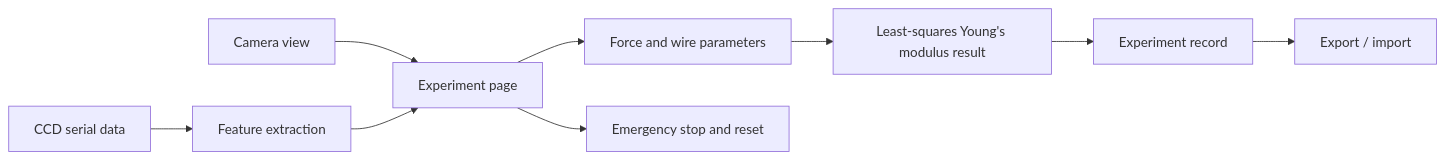
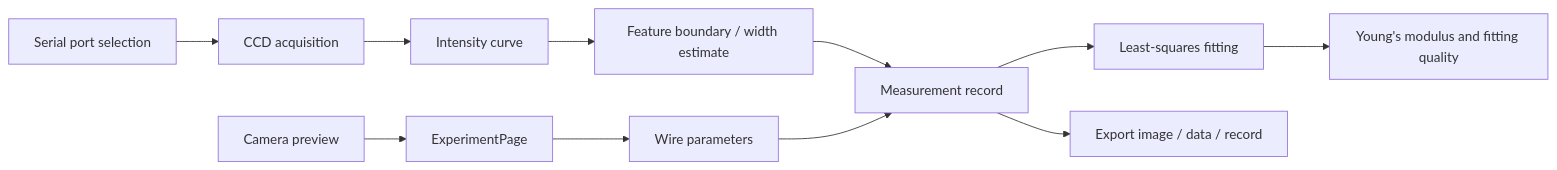
One commit to TianBingzhuo/youngs-modulus-instrument-system changed the diagram in docs/software-architecture.md. Above: the diagram before and after it, drawn with Mermaid. The commit also changed other lines of this file and 11 other files, not shown here.

````diff
--- a/docs/software-architecture.md
+++ b/docs/software-architecture.md
@@ -5,11 +48,13 @@
 ```mermaid
 flowchart LR
-  A["Camera view"] --> D["Experiment page"]
-  B["CCD serial data"] --> C["Feature extraction"]
-  C --> D
-  D --> E["Force and wire parameters"]
-  E --> F["Least-squares Young's modulus result"]
-  F --> G["Experiment record"]
-  G --> H["Export / import"]
-  D --> I["Emergency stop and reset"]
+  A["Camera preview"] --> E["ExperimentPage"]
+  B["Serial port selection"] --> C["CCD acquisition"]
+  C --> D["Intensity curve"]
+  D --> F["Feature boundary / width estimate"]
+  E --> G["Wire parameters"]
+  F --> H["Measurement record"]
+  G --> H
+  H --> I["Least-squares fitting"]
+  I --> J["Young's modulus and fitting quality"]
+  H --> K["Export image / data / record"]
 ```
````
